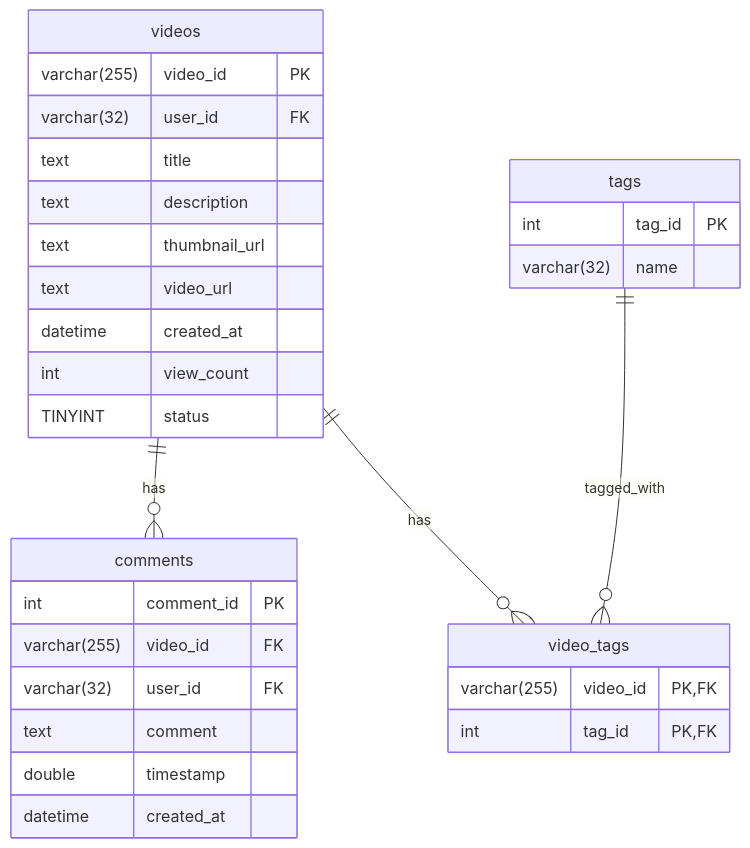
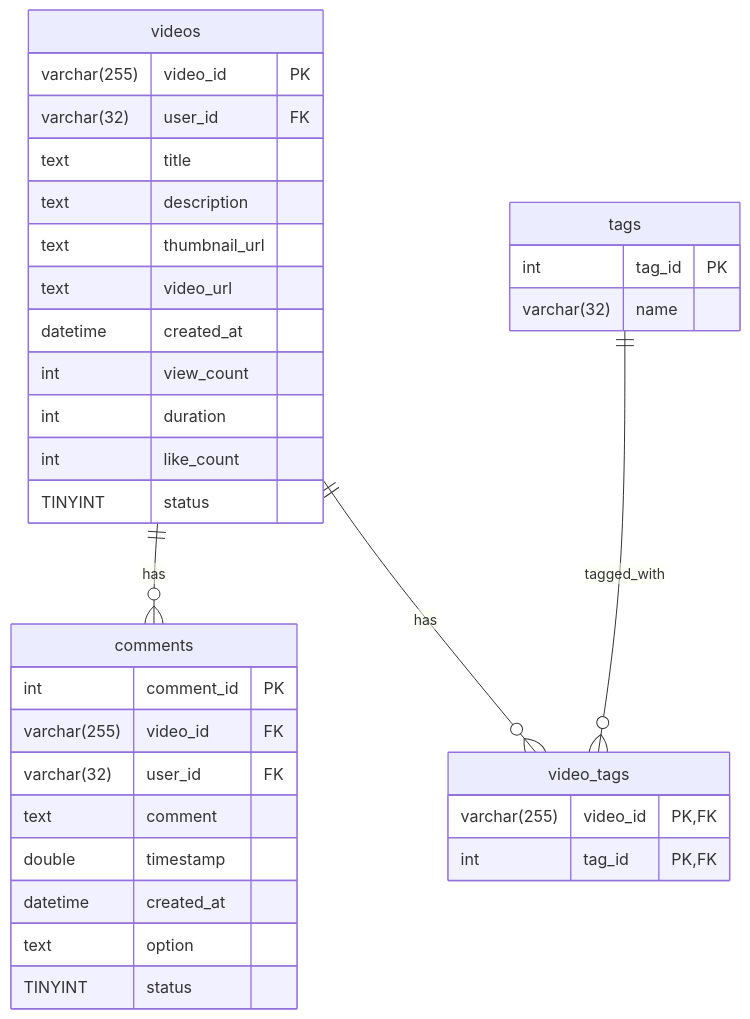
One commit to UnABC/playbacQ changed the diagram in docs/schema.md. Above: the diagram before and after it, drawn with Mermaid. The commit also changed 4 other files, not shown here.

````diff
--- a/docs/schema.md
+++ b/docs/schema.md
@@ -3,36 +3,40 @@
 ```mermaid
 erDiagram  
   videos {
 	varchar(255) video_id PK
 	varchar(32) user_id FK
 	text title
 	text description
 	text thumbnail_url
 	text video_url
 	datetime created_at
 	int view_count
+	int duration
+	int like_count
 	TINYINT status
   }
   comments {
 	int comment_id PK
 	varchar(255) video_id FK
 	varchar(32) user_id FK
 	text comment
 	double timestamp
 	datetime created_at
+	text option
+	TINYINT status
   }
   
   tags {
 	int tag_id PK
 	varchar(32) name
   }
 
   video_tags {
 	varchar(255) video_id PK,FK
 	int tag_id PK,FK
   }
   
   videos||--o{comments : has
   videos||--o{video_tags : has
   tags||--o{video_tags : tagged_with
 ```
````
